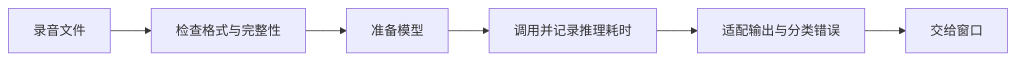
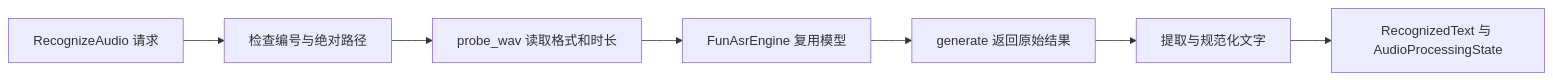
The first of 2 diagrams in docs/知识点/第二周/AI 端侧工程师｜第二周专业知识自学清单.md (dreamcather726/ai-interaction-ui), drawn with Mermaid before and after one commit. The commit also changed other lines of this file and 3 other files, not shown here.

````diff
--- a/docs/知识点/第二周/AI 端侧工程师｜第二周专业知识自学清单.md
+++ b/docs/知识点/第二周/AI 端侧工程师｜第二周专业知识自学清单.md
@@ -9,8 +9,9 @@
 ```mermaid
 flowchart LR
-    A[录音文件] --> B[检查格式与完整性]
-    B --> C[准备模型]
-    C --> D[调用并记录推理耗时]
-    D --> E[适配输出与分类错误]
-    E --> F[交给窗口]
+    A[RecognizeAudio 请求] --> B[检查编号与绝对路径]
+    B --> C[probe_wav 读取格式和时长]
+    C --> D[FunAsrEngine 复用模型]
+    D --> E[generate 返回原始结果]
+    E --> F[提取与规范化文字]
+    F --> G[RecognizedText 与 AudioProcessingState]
 ```
````
